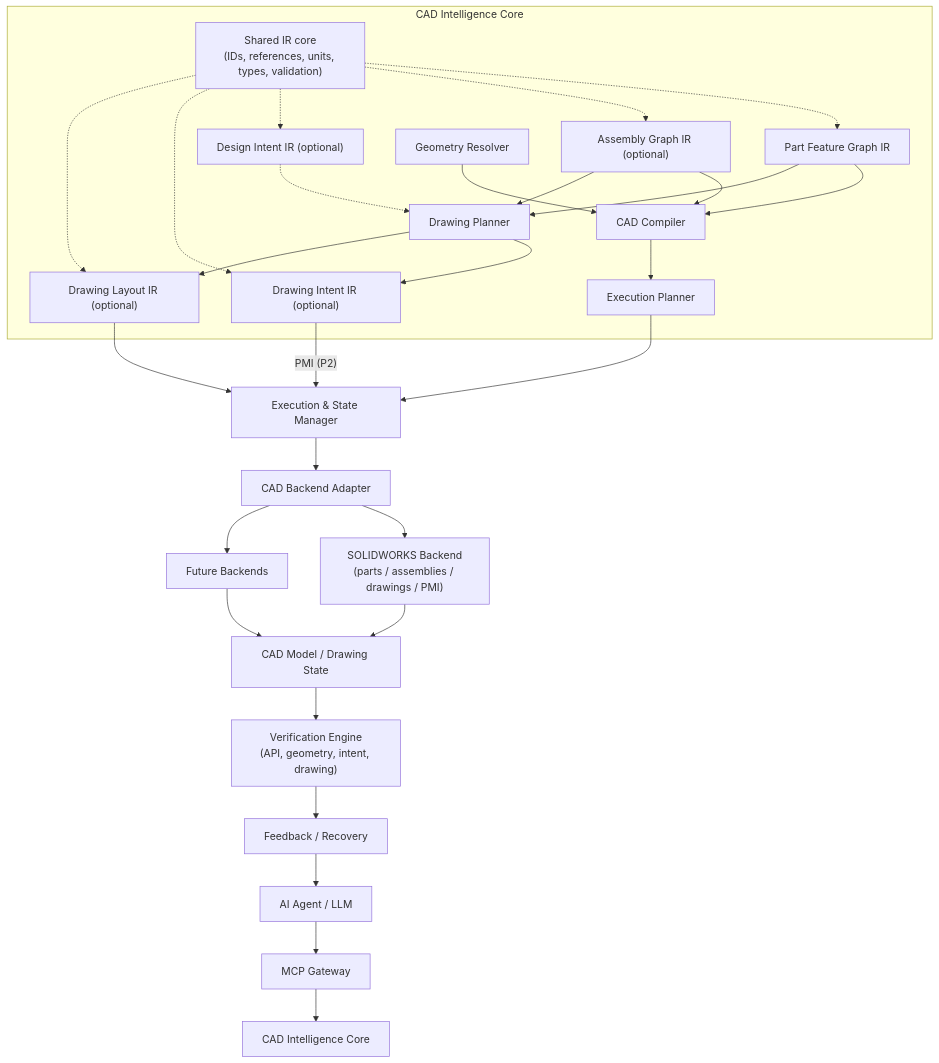
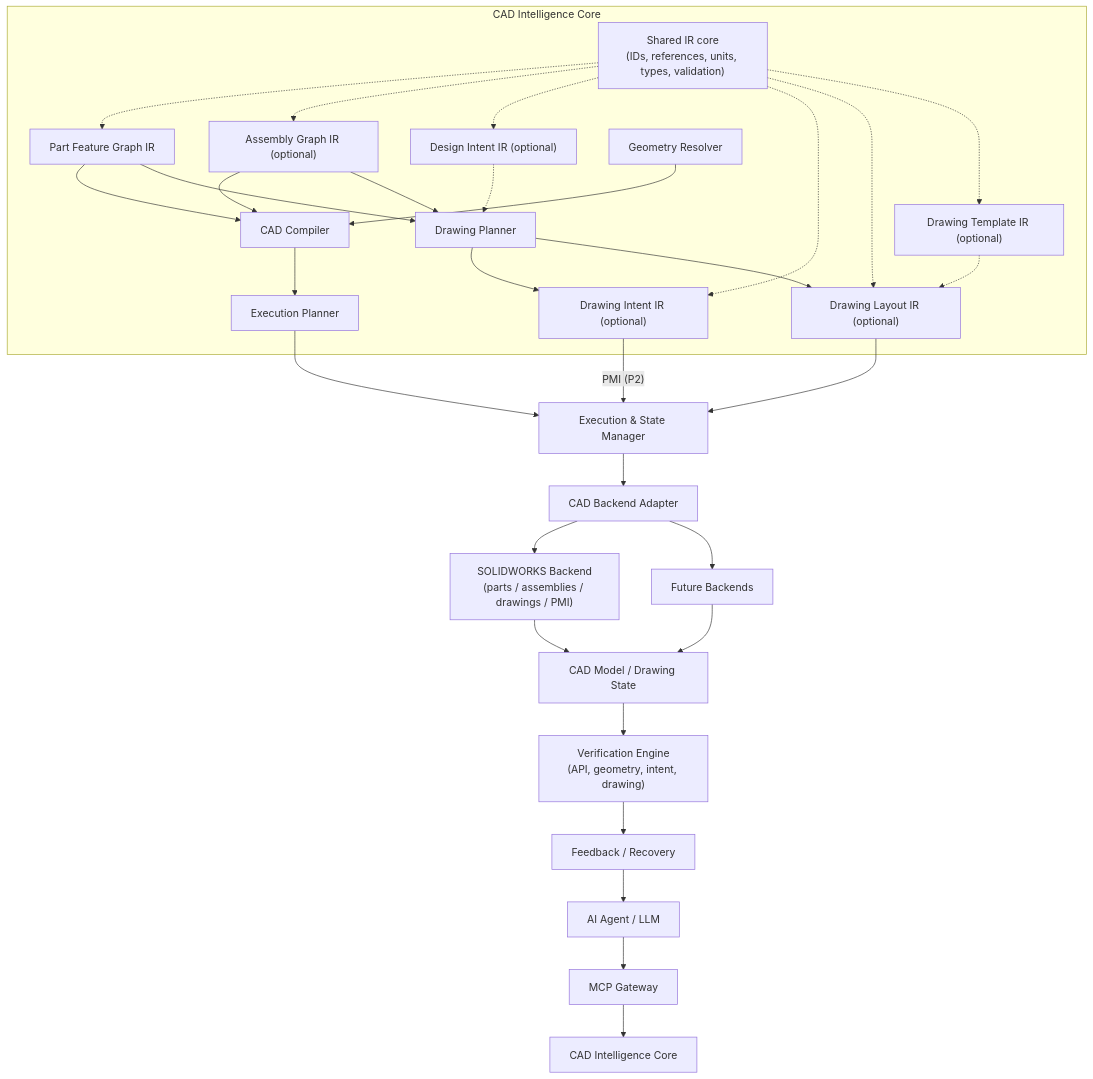
Before and after one commit to evan1ee/sw-mcp: the diagram in docs/architecture/overview.md, drawn with Mermaid. The commit also changed other lines of this file and 66 other files, not shown here.

First line of the commit message:
feat: Milestone 7 - Drawing Template IR specification, schema, and pure parser

````diff
--- a/docs/architecture/overview.md
+++ b/docs/architecture/overview.md
@@ -16,40 +16,42 @@
 ```mermaid
 flowchart TD
     A["AI Agent / LLM"] --> B["MCP Gateway"]
     B --> C["CAD Intelligence Core"]
 
     subgraph CORE["CAD Intelligence Core"]
         SC["Shared IR core<br/>(IDs, references, units, types, validation)"]
         E["Part Feature Graph IR"]
         AG["Assembly Graph IR (optional)"]
         DI["Design Intent IR (optional)"]
         D["Drawing Intent IR (optional)"]
         DL["Drawing Layout IR (optional)"]
+        DT["Drawing Template IR (optional)"]
         F["CAD Compiler"]
         G["Geometry Resolver"]
         H["Execution Planner"]
         DP["Drawing Planner"]
-        SC -.-> E & AG & DI & D & DL
+        SC -.-> E & AG & DI & D & DL & DT
         E --> F
         AG --> F
         G --> F
         F --> H
         E --> DP
         AG --> DP
         DI -.-> DP
         DP --> D
         DP --> DL
+        DT -.-> DL
     end
 
     H --> I["Execution & State Manager"]
     DL --> I
     D -- "PMI (P2)" --> I
     I --> J["CAD Backend Adapter"]
     J --> K["SOLIDWORKS Backend<br/>(parts / assemblies / drawings / PMI)"]
     J --> L["Future Backends"]
     K --> O["CAD Model / Drawing State"]
     L --> O
     O --> P["Verification Engine<br/>(API, geometry, intent, drawing)"]
     P --> Q["Feedback / Recovery"]
     Q --> A
 ```
````
